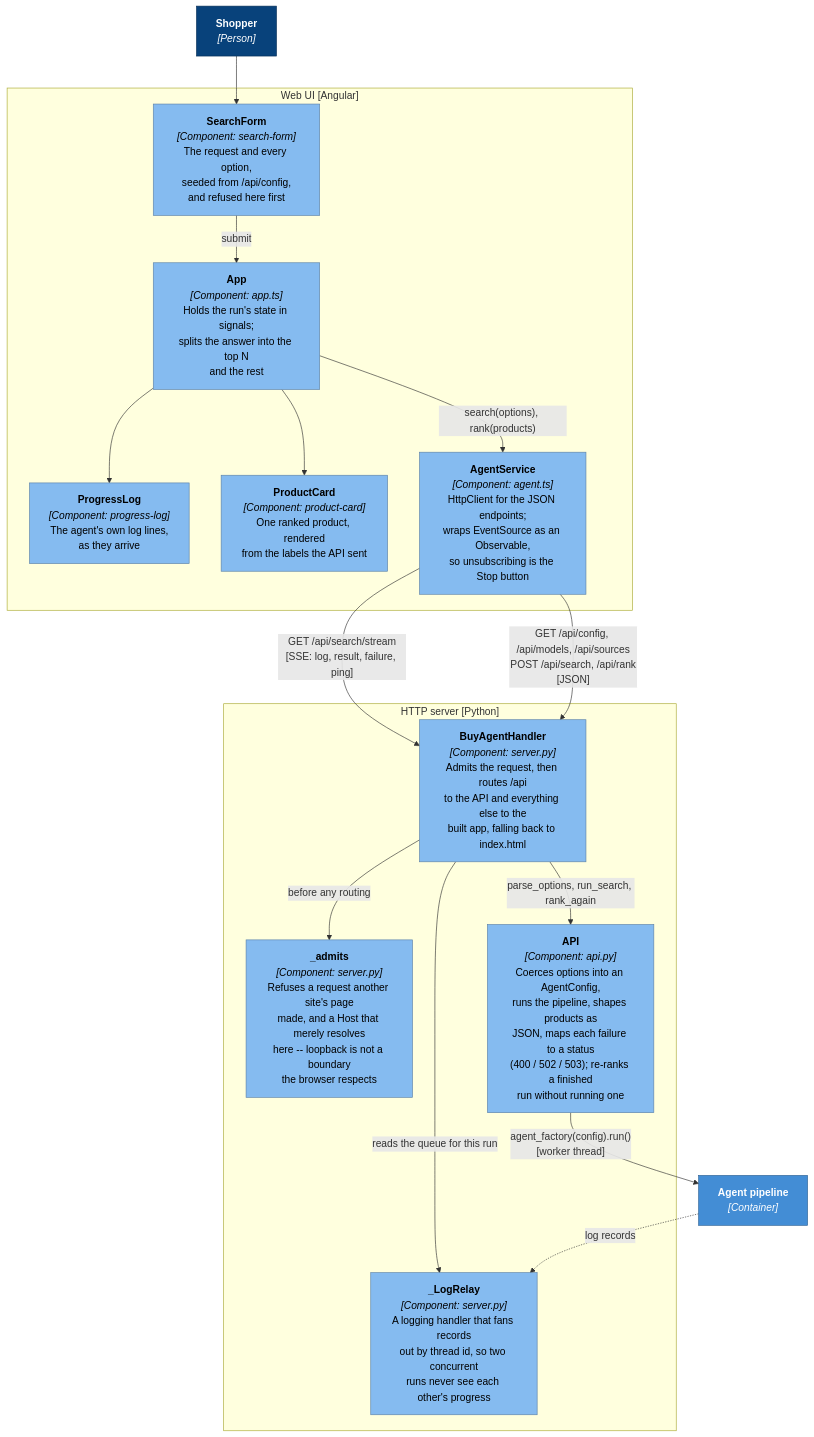
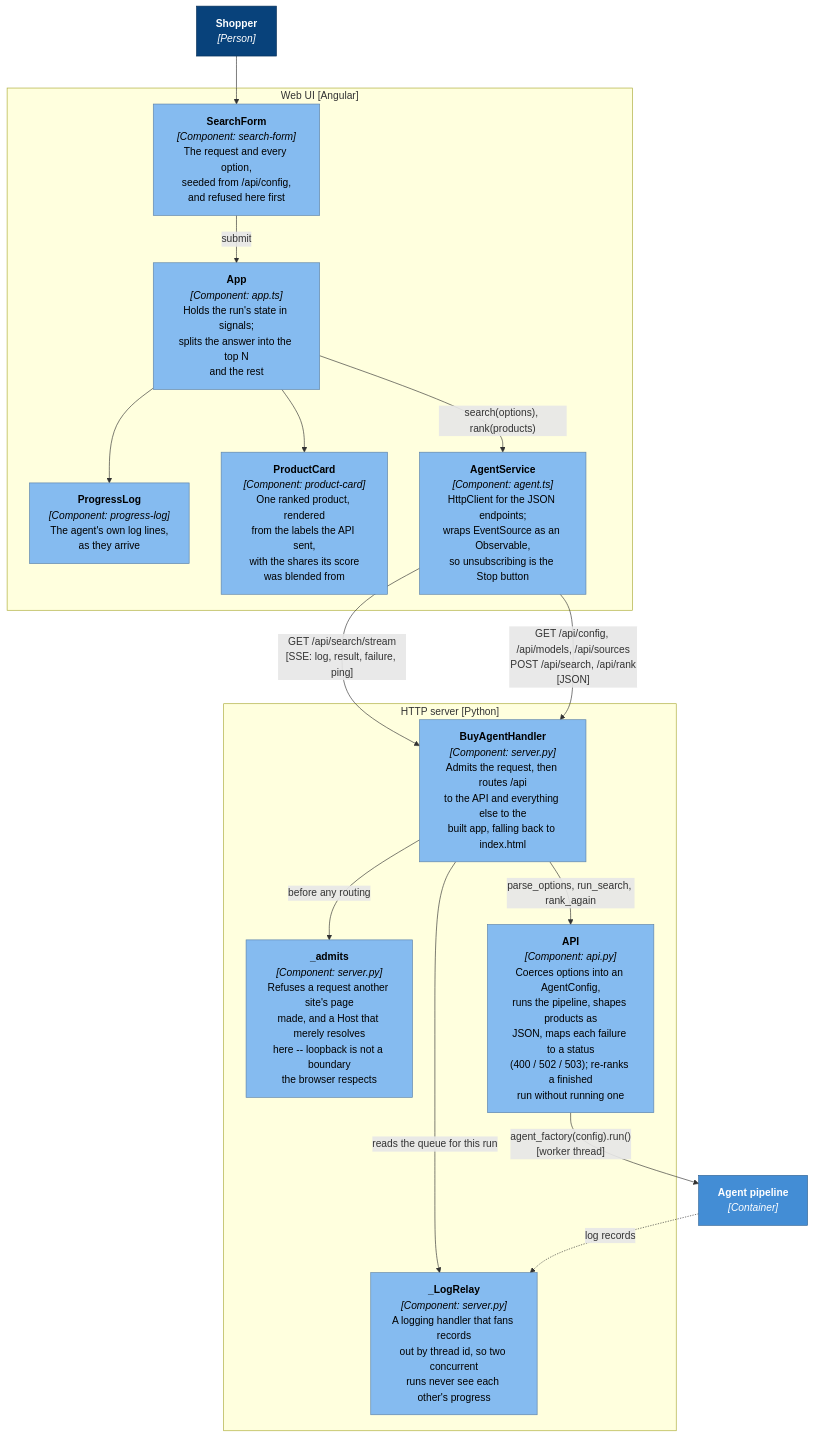
The fourth of 5 diagrams in docs/architecture.md (adamw7/buy_agent), drawn with Mermaid before and after one commit. The commit also changed other lines of this file and 38 other files, not shown here.

````diff
--- a/docs/architecture.md
+++ b/docs/architecture.md
@@ -217,42 +243,42 @@
 ```mermaid
 graph TB
     browserUser["<b>Shopper</b><br/><i>[Person]</i>"]
 
     subgraph spa["Web UI [Angular]"]
         app["<b>App</b><br/><i>[Component: app.ts]</i><br/>Holds the run's state in signals;<br/>splits the answer into the top N<br/>and the rest"]
         form["<b>SearchForm</b><br/><i>[Component: search-form]</i><br/>The request and every option,<br/>seeded from /api/config,<br/>and refused here first"]
         log["<b>ProgressLog</b><br/><i>[Component: progress-log]</i><br/>The agent's own log lines,<br/>as they arrive"]
-        card["<b>ProductCard</b><br/><i>[Component: product-card]</i><br/>One ranked product, rendered<br/>from the labels the API sent"]
+        card["<b>ProductCard</b><br/><i>[Component: product-card]</i><br/>One ranked product, rendered<br/>from the labels the API sent,<br/>with the shares its score<br/>was blended from"]
         agentsvc["<b>AgentService</b><br/><i>[Component: agent.ts]</i><br/>HttpClient for the JSON endpoints;<br/>wraps EventSource as an Observable,<br/>so unsubscribing is the Stop button"]
     end
 
     subgraph srv["HTTP server [Python]"]
         handler["<b>BuyAgentHandler</b><br/><i>[Component: server.py]</i><br/>Admits the request, then routes /api<br/>to the API and everything else to the<br/>built app, falling back to index.html"]
         guard["<b>_admits</b><br/><i>[Component: server.py]</i><br/>Refuses a request another site's page<br/>made, and a Host that merely resolves<br/>here -- loopback is not a boundary<br/>the browser respects"]
         relay["<b>_LogRelay</b><br/><i>[Component: server.py]</i><br/>A logging handler that fans records<br/>out by thread id, so two concurrent<br/>runs never see each other's progress"]
         api["<b>API</b><br/><i>[Component: api.py]</i><br/>Coerces options into an AgentConfig,<br/>runs the pipeline, shapes products as<br/>JSON, maps each failure to a status<br/>(400 / 502 / 503); re-ranks a finished<br/>run without running one"]
     end
 
     agentpipeline["<b>Agent pipeline</b><br/><i>[Container]</i>"]
 
     browserUser --> form
     form -->|"submit"| app
     app --> log
     app --> card
     app -->|"search(options), rank(products)"| agentsvc
     agentsvc -->|"GET /api/search/stream<br/>[SSE: log, result, failure, ping]"| handler
     agentsvc -->|"GET /api/config, /api/models, /api/sources<br/>POST /api/search, /api/rank<br/>[JSON]"| handler
 
     handler -->|"before any routing"| guard
     handler -->|"parse_options, run_search, rank_again"| api
     handler -->|"reads the queue for this run"| relay
     api -->|"agent_factory(config).run()<br/>[worker thread]"| agentpipeline
     agentpipeline -.->|"log records"| relay
 
     classDef person fill:#08427b,stroke:#052e56,color:#fff
     classDef container fill:#438dd5,stroke:#2e6295,color:#fff
     classDef component fill:#85bbf0,stroke:#5d82a8,color:#000
     class browserUser person
     class agentpipeline container
     class app,form,log,card,agentsvc,handler,guard,relay,api component
 ```
````
